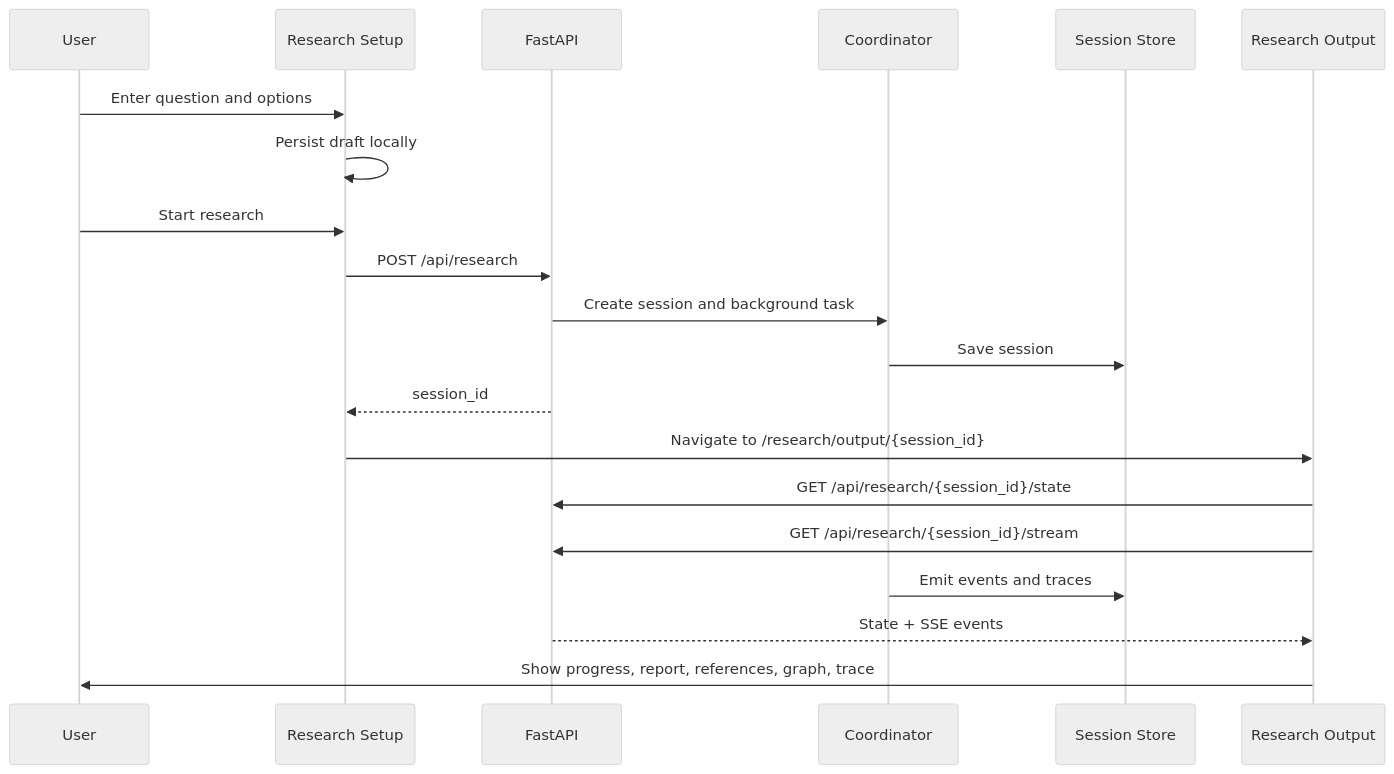
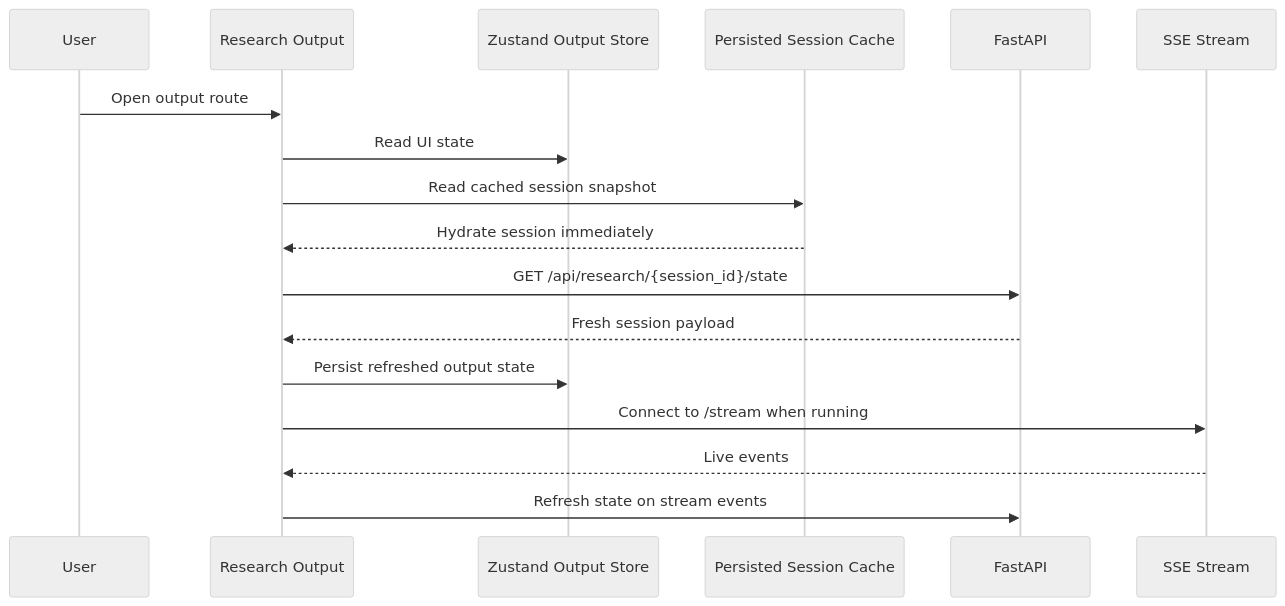
The fourth of 8 diagrams in Group_9/ai-hackathon/docs/WORKFLOW_DIAGRAMS.md (greenp8888/Submissions_C5), drawn with Mermaid (neutral theme) before and after one commit. The commit also changed other lines of this file and 61 other files, not shown here.

````diff
--- a/Group_9/ai-hackathon/docs/WORKFLOW_DIAGRAMS.md
+++ b/Group_9/ai-hackathon/docs/WORKFLOW_DIAGRAMS.md
@@ -107,23 +96,20 @@
 ```mermaid
 sequenceDiagram
     participant U as User
-    participant Setup as Research Setup
+    participant Output as Research Output
+    participant Store as Zustand Output Store
+    participant Cache as Persisted Session Cache
     participant API as FastAPI
-    participant Coord as Coordinator
-    participant Store as Session Store
-    participant Output as Research Output
+    participant SSE as SSE Stream
 
-    U->>Setup: Enter question and options
-    Setup->>Setup: Persist draft locally
-    U->>Setup: Start research
-    Setup->>API: POST /api/research
-    API->>Coord: Create session and background task
-    Coord->>Store: Save session
-    API-->>Setup: session_id
-    Setup->>Output: Navigate to /research/output/{session_id}
+    U->>Output: Open output route
+    Output->>Store: Read UI state
+    Output->>Cache: Read cached session snapshot
+    Cache-->>Output: Hydrate session immediately
     Output->>API: GET /api/research/{session_id}/state
-    Output->>API: GET /api/research/{session_id}/stream
-    Coord->>Store: Emit events and traces
-    API-->>Output: State + SSE events
-    Output->>U: Show progress, report, references, graph, trace
+    API-->>Output: Fresh session payload
+    Output->>Store: Persist refreshed output state
+    Output->>SSE: Connect to /stream when running
+    SSE-->>Output: Live events
+    Output->>API: Refresh state on stream events
 ```
````
